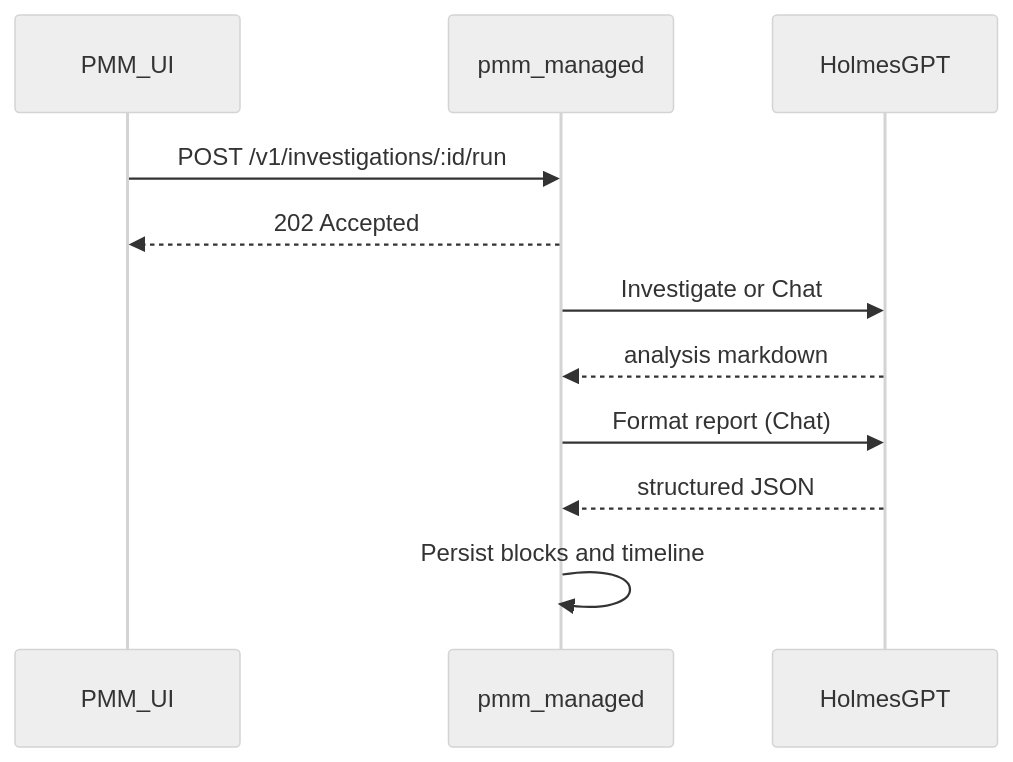
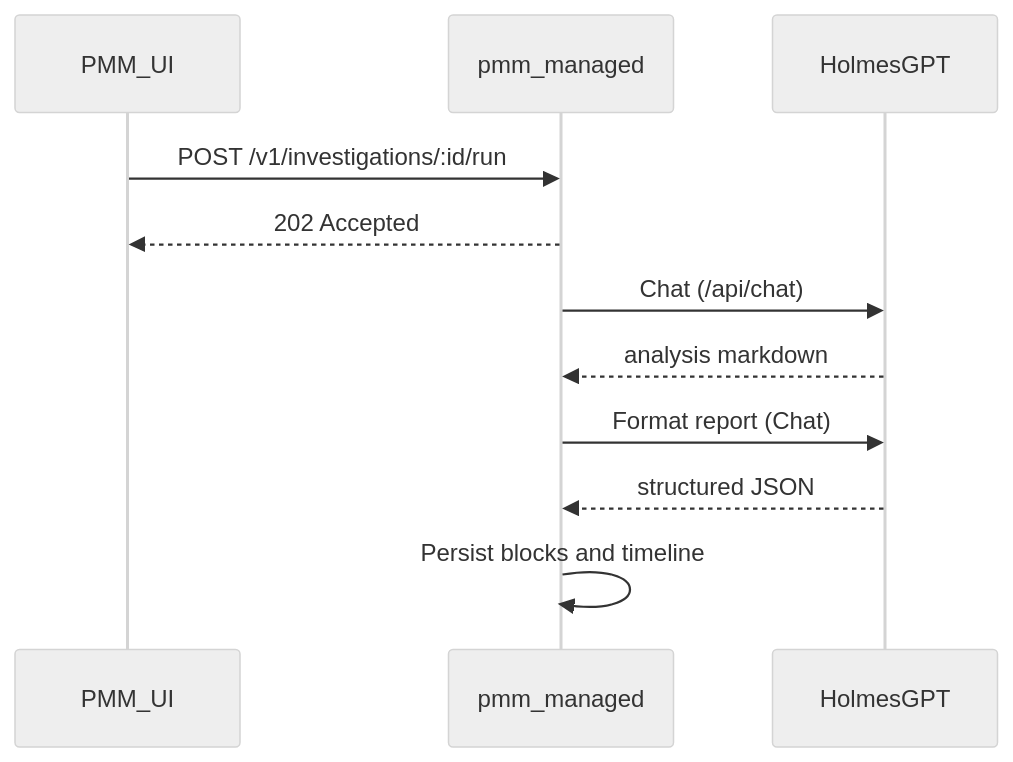
The diagram in dev/investigations/README.md (percona/pmm), drawn with Mermaid (neutral theme) before and after one commit. The commit also changed other lines of this file and 22 other files, not shown here.

````diff
--- a/dev/investigations/README.md
+++ b/dev/investigations/README.md
@@ -83,13 +80,13 @@
 ```mermaid
 sequenceDiagram
   participant UI as PMM_UI
   participant PMM as pmm_managed
   participant Holmes as HolmesGPT
   UI->>PMM: POST /v1/investigations/:id/run
   PMM-->>UI: 202 Accepted
-  PMM->>Holmes: Investigate or Chat
+  PMM->>Holmes: Chat (/api/chat)
   Holmes-->>PMM: analysis markdown
   PMM->>Holmes: Format report (Chat)
   Holmes-->>PMM: structured JSON
   PMM->>PMM: Persist blocks and timeline
 ```
````
